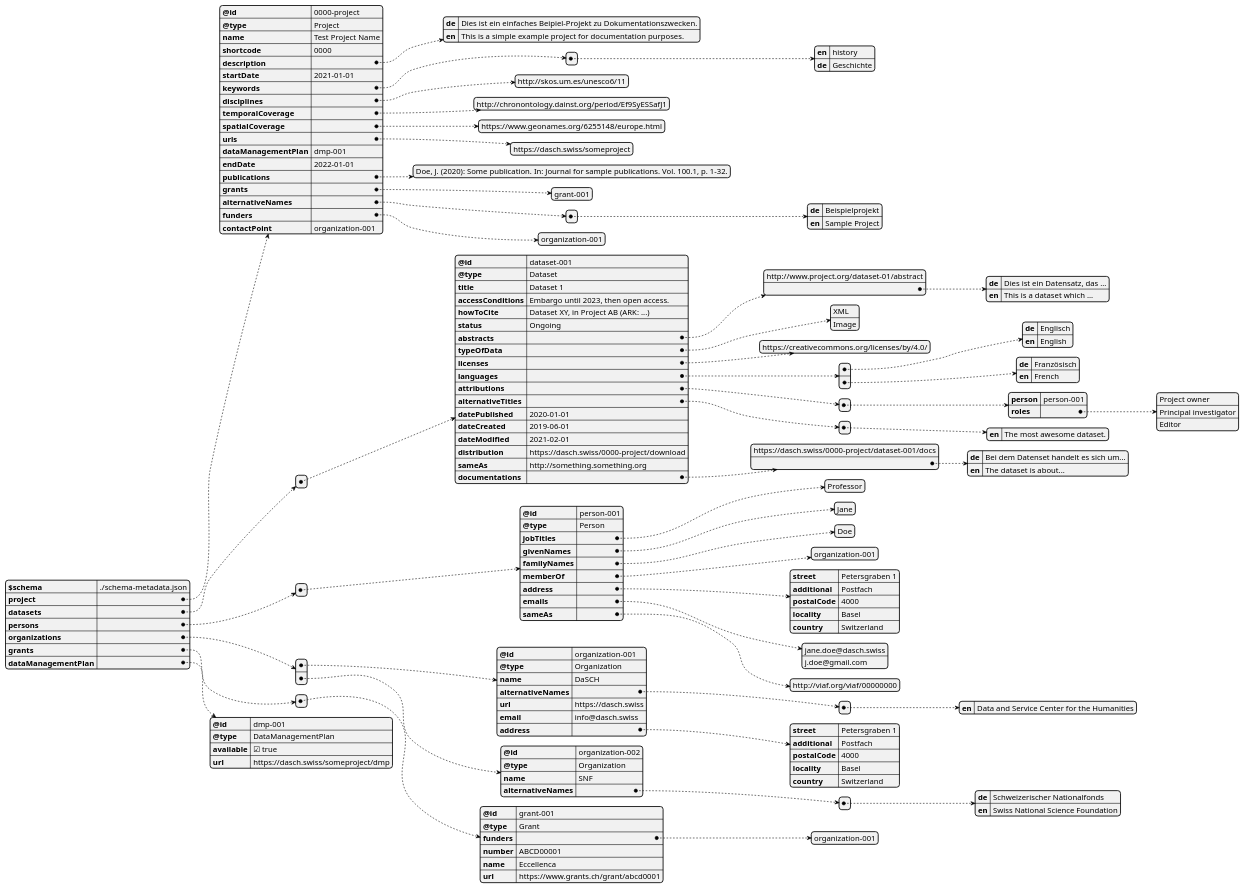
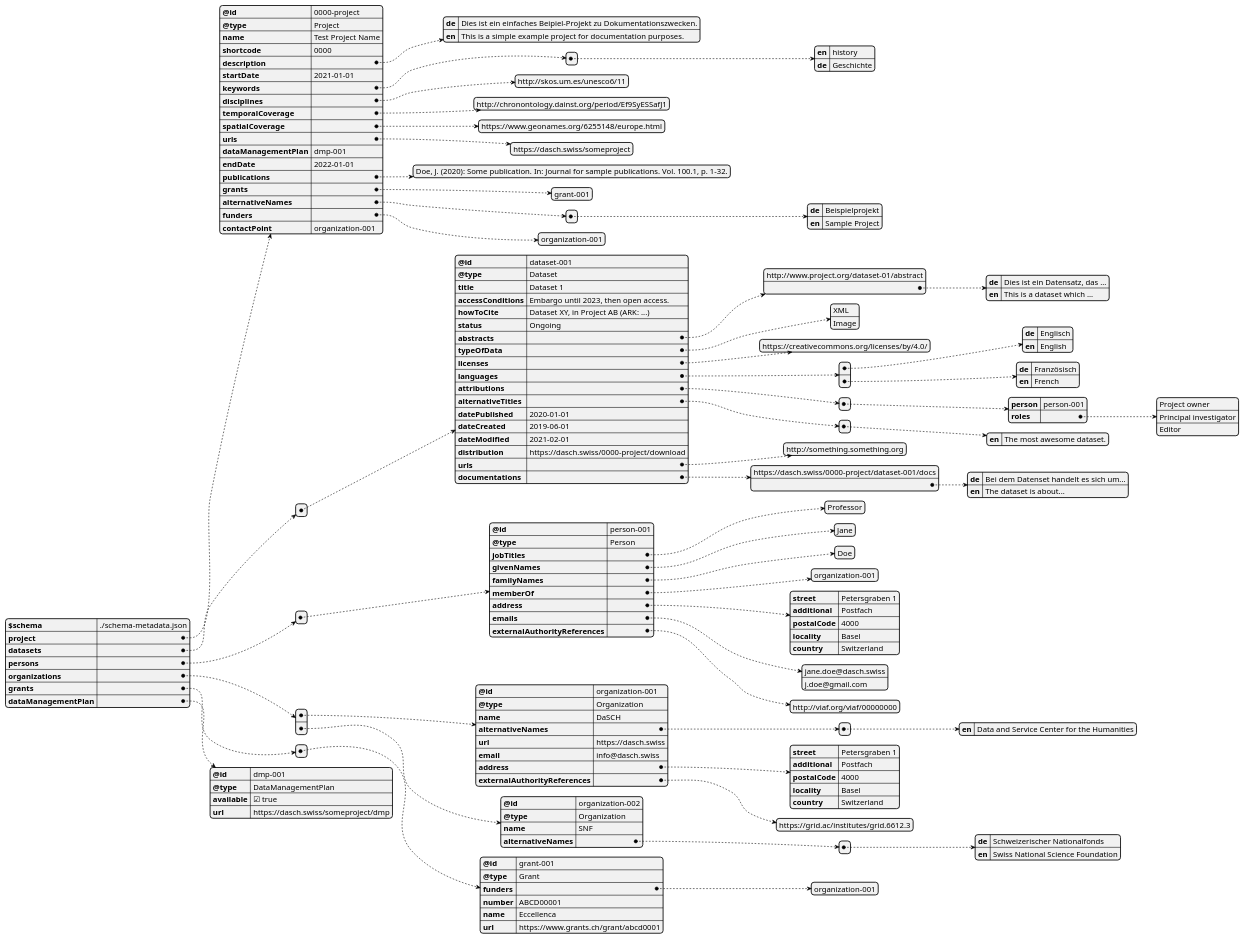
Before and after one commit to dasch-swiss/dasch-service-platform: the diagram in docs/services/metadata/api-example.puml, drawn with PlantUML. The commit also changed 5 other files, not shown here.

```diff
--- a/docs/services/metadata/api-example.puml
+++ b/docs/services/metadata/api-example.puml
@@ -100,7 +100,9 @@
       "dateCreated": "2019-06-01",
       "dateModified": "2021-02-01",
       "distribution": "https://dasch.swiss/0000-project/download",
-      "sameAs": "http://something.something.org",
+      "urls": [
+        "http://something.something.org"
+      ],
       "documentations": [
         "https://dasch.swiss/0000-project/dataset-001/docs",
         {
@@ -137,7 +139,7 @@
         "jane.doe@dasch.swiss",
         "j.doe@gmail.com"
       ],
-      "sameAs": [
+      "externalAuthorityReferences": [
         "http://viaf.org/viaf/00000000"
       ]
     }
@@ -160,7 +162,10 @@
         "postalCode": "4000",
         "locality": "Basel",
         "country": "Switzerland"
-      }
+      },
+      "externalAuthorityReferences": [
+        "https://grid.ac/institutes/grid.6612.3"
+      ]
     },
     {
       "@id": "organization-002",
```
